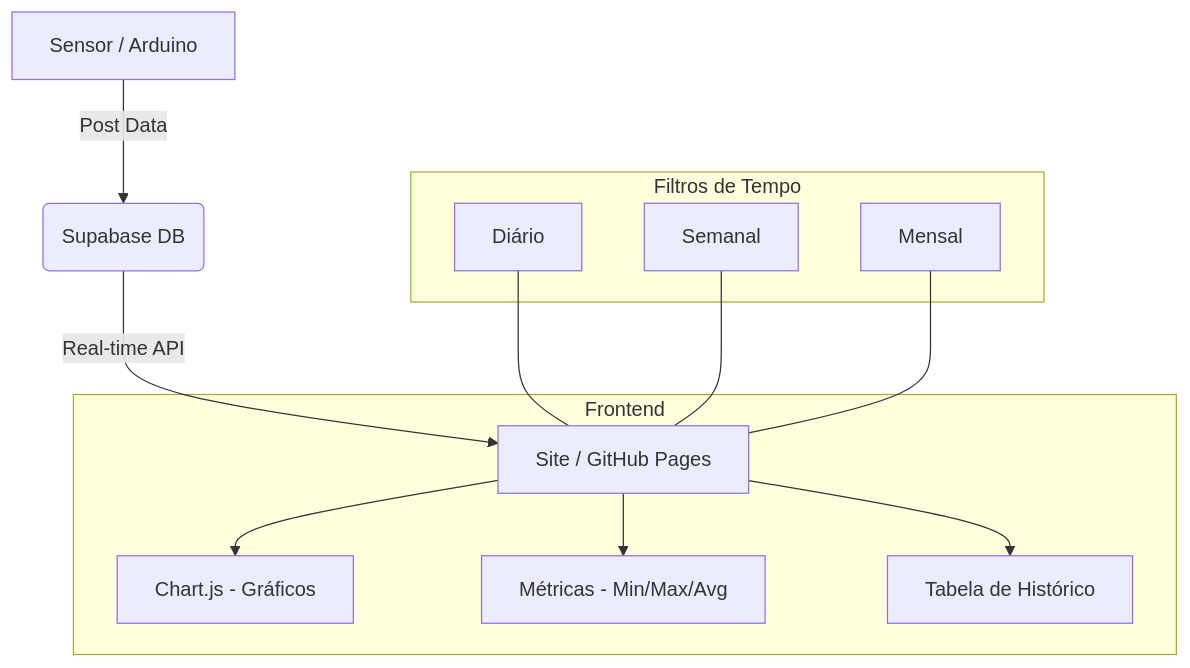
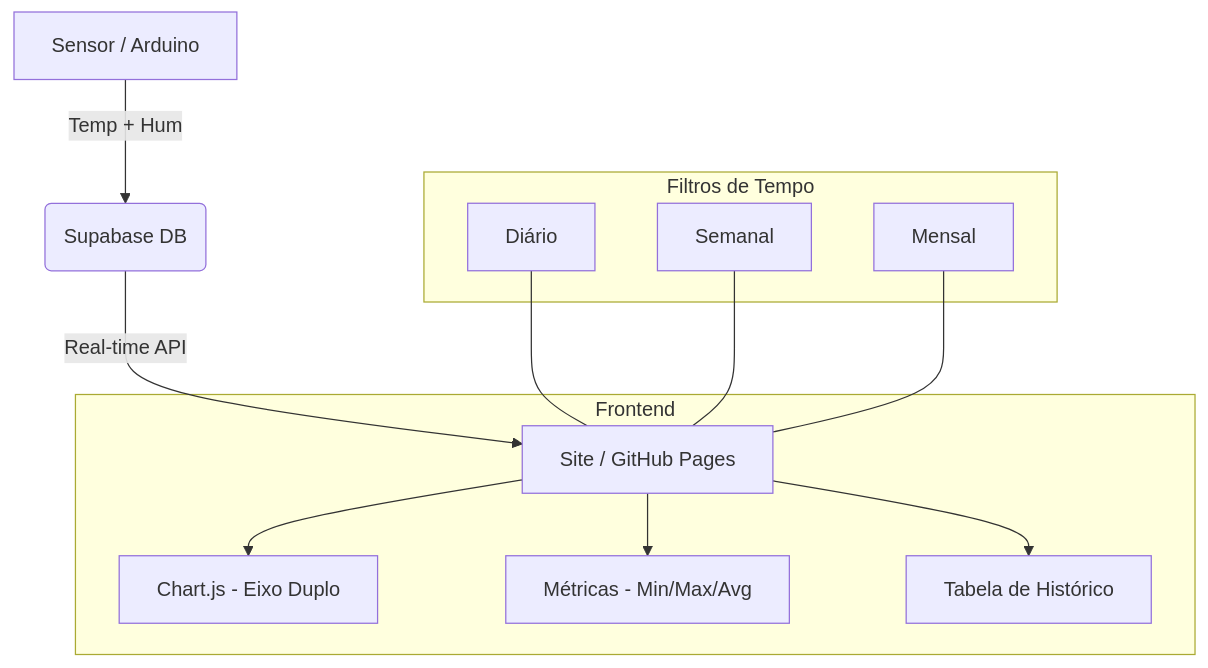
Before and after one commit to nandopf/meu-site: the diagram in README.md, drawn with Mermaid. The commit also changed other lines of this file, not shown here.

````diff
--- a/README.md
+++ b/README.md
@@ -22,15 +22,15 @@
 ```mermaid
 graph TD
-    A[Sensor / Arduino] -->|Post Data| B(Supabase DB)
+    A[Sensor / Arduino] -->|Temp + Hum| B(Supabase DB)
     B -->|Real-time API| C[Site / GitHub Pages]
     subgraph Frontend
-        C --> D[Chart.js - Gráficos]
+        C --> D[Chart.js - Eixo Duplo]
         C --> E[Métricas - Min/Max/Avg]
         C --> F[Tabela de Histórico]
     end
     subgraph Filtros de Tempo
         G[Diário] --- C
         H[Semanal] --- C
         I[Mensal] --- C
     end
 ```
````
